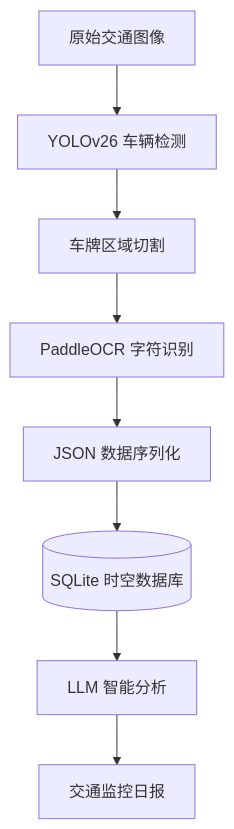
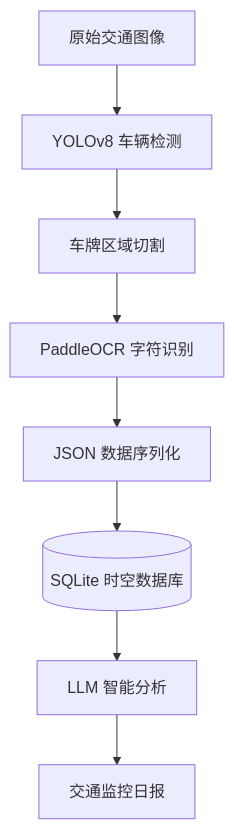
Before and after one commit to wyyyz-web/Traffic-Agent: the diagram in README.md, drawn with Mermaid. The commit also changed other lines of this file, not shown here.

````diff
--- a/README.md
+++ b/README.md
@@ -13,10 +13,10 @@
 ```mermaid
 graph TD
-    A[原始交通图像] --> B[YOLOv26 车辆检测]
+    A[原始交通图像] --> B[YOLOv8 车辆检测]
     B --> C[车牌区域切割]
     C --> D[PaddleOCR 字符识别]
     D --> E[JSON 数据序列化]
     E --> F[(SQLite 时空数据库)]
     F --> G[LLM 智能分析]
     G --> H[交通监控日报]
 ```
````
